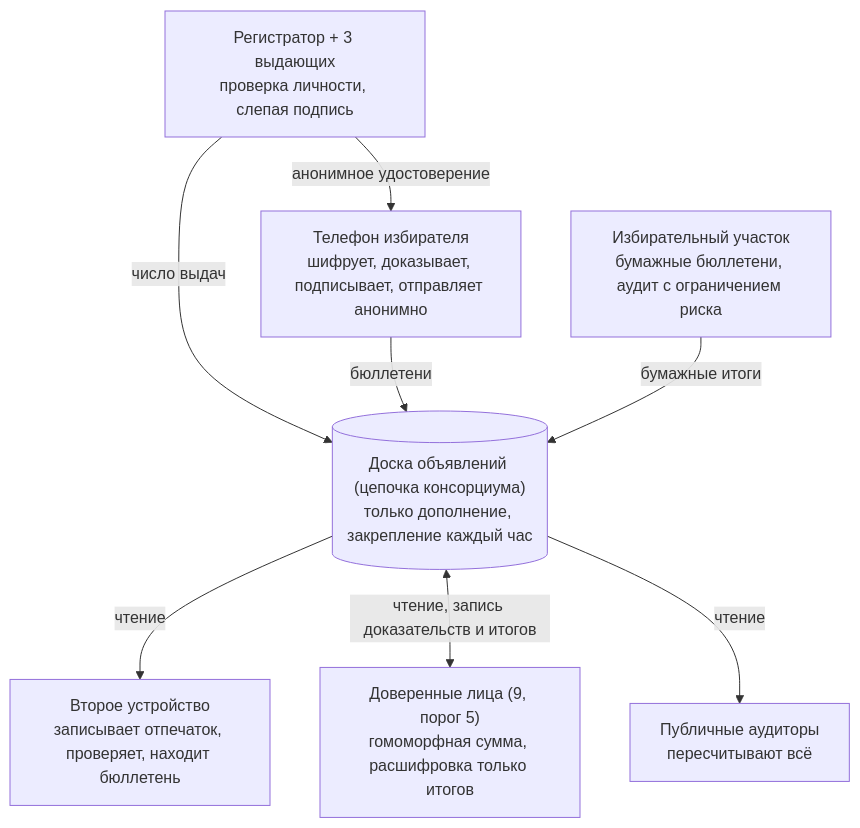
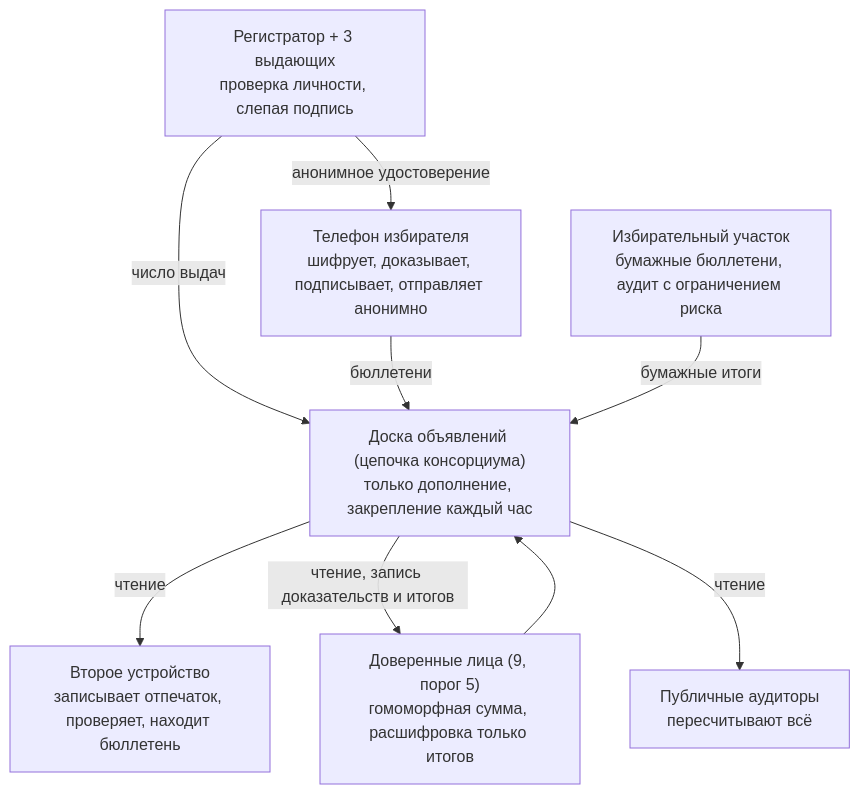
One commit to tommaru66-pixel/e2e-verifiable-voting changed the diagram in docs/ru.md. Above: the diagram before and after it, drawn with Mermaid. The commit also changed 8 other files, not shown here.

First line of the commit message:
Simplify architecture diagram syntax for GitHub rendering

````diff
--- a/docs/ru.md
+++ b/docs/ru.md
@@ -113,10 +113,11 @@
 ```mermaid
 flowchart TB
   R["Регистратор + 3 выдающих<br/>проверка личности, слепая подпись"] -->|анонимное удостоверение| P["Телефон избирателя<br/>шифрует, доказывает, подписывает, отправляет анонимно"]
   R -->|число выдач| B
-  P -->|бюллетени| B[("Доска объявлений (цепочка консорциума)<br/>только дополнение, закрепление каждый час")]
+  P -->|бюллетени| B["Доска объявлений (цепочка консорциума)<br/>только дополнение, закрепление каждый час"]
   S["Избирательный участок<br/>бумажные бюллетени, аудит с ограничением риска"] -->|бумажные итоги| B
   B -->|чтение| D["Второе устройство<br/>записывает отпечаток, проверяет, находит бюллетень"]
-  B <-->|чтение, запись доказательств и итогов| T["Доверенные лица (9, порог 5)<br/>гомоморфная сумма, расшифровка только итогов"]
+  B -->|чтение, запись доказательств и итогов| T["Доверенные лица (9, порог 5)<br/>гомоморфная сумма, расшифровка только итогов"]
+  T --> B
   B -->|чтение| A["Публичные аудиторы<br/>пересчитывают всё"]
 ```
````
